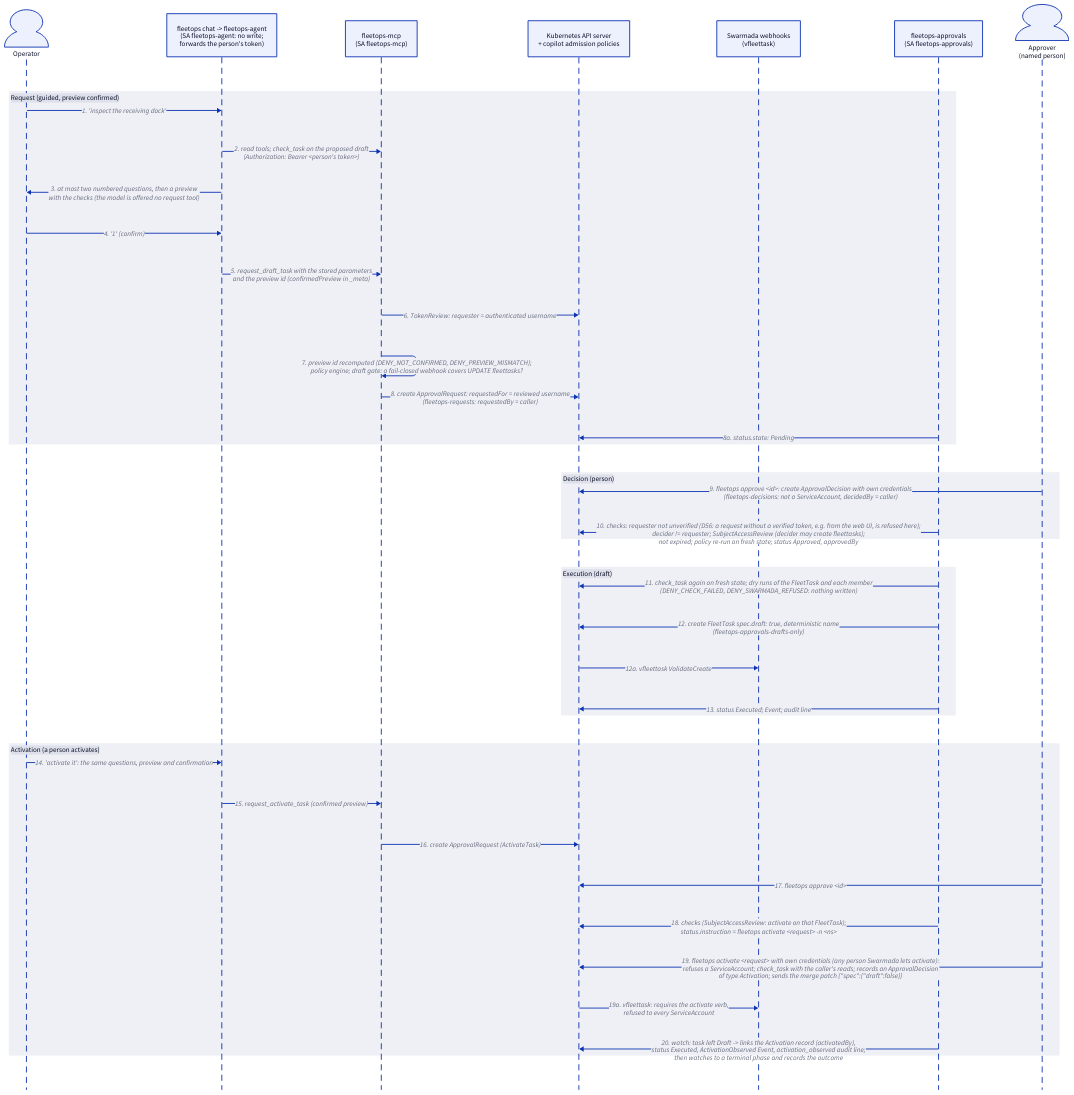
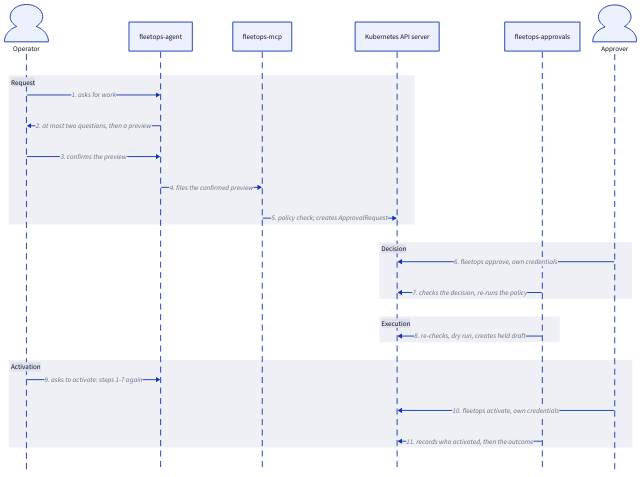
One commit to AlexBahel/fleet-ops-copilot changed the diagram in docs/architecture/approval-flow.d2. Above: the diagram before and after it, drawn with D2. The commit also changed 3 other files, not shown here.

First line of the commit message:
docs/architecture: overview diagram and the approval flow in eleven steps

```diff
--- a/docs/architecture/approval-flow.d2
+++ b/docs/architecture/approval-flow.d2
@@ -1,53 +1,38 @@
-# Fleet Ops Copilot: approval flow for a draft FleetTask and its activation
-# (docs/DESIGN.md §3.3, §3.10, D25, D28, D74, D76, D79). Source for approval-flow.svg;
+# Fleet Ops Copilot: the life of a request, main steps. Source for approval-flow.svg;
 # render with `d2 approval-flow.d2 approval-flow.svg` (see README.md in this directory).
-# Zone maintenance and zone stop follow steps 1-13 with a different write in
-# step 12 and no step 11. fleetops-mcp records as requestedFor the username of the
-# caller's bearer token, verified with a TokenReview (D57); without a verified token
-# it records unverified:<name>, which is refused at step 10 (D56). The web UI sends
-# no token, so its requests stop there; fleetops chat sends the person's token.
+# The full step list, with every check and refusal code: docs/design/approvals.md.
+# Shown for a draft FleetTask. A zone maintenance window or a zone stop follows steps
+# 1-8 with a different write in step 8 and has no activation. Step 10 is run by any
+# person Swarmada allows to activate, with their own credentials (D79).
 
 shape: sequence_diagram
 
 operator: Operator {shape: person}
-agent: "fleetops chat -> fleetops-agent\n(SA fleetops-agent: no write;\nforwards the person's token)"
-mcp: "fleetops-mcp\n(SA fleetops-mcp)"
-api: "Kubernetes API server\n+ copilot admission policies"
-webhooks: "Swarmada webhooks\n(vfleettask)"
-approvals: "fleetops-approvals\n(SA fleetops-approvals)"
-approver: "Approver\n(named person)" {shape: person}
+agent: fleetops-agent
+mcp: fleetops-mcp
+api: "Kubernetes API server"
+approvals: fleetops-approvals
+approver: "Approver" {shape: person}
 
-request: "Request (guided, preview confirmed)" {
-  operator -> agent: "1. 'inspect the receiving dock'"
-  agent -> mcp: "2. read tools; check_task on the proposed draft\n(Authorization: Bearer <person's token>)"
-  agent -> operator: "3. at most two numbered questions, then a preview\nwith the checks (the model is offered no request tool)"
-  operator -> agent: "4. '1' (confirm)"
-  agent -> mcp: "5. request_draft_task with the stored parameters\nand the preview id (confirmedPreview in _meta)"
-  mcp -> api: "6. TokenReview: requester = authenticated username"
-  mcp -> mcp: "7. preview id recomputed (DENY_NOT_CONFIRMED, DENY_PREVIEW_MISMATCH);\npolicy engine; draft gate: a fail-closed webhook covers UPDATE fleettasks?"
-  mcp -> api: "8. create ApprovalRequest: requestedFor = reviewed username\n(fleetops-requests: requestedBy = caller)"
-  approvals -> api: "8a. status.state: Pending"
+request: "Request" {
+  operator -> agent: "1. asks for work"
+  agent -> operator: "2. at most two questions, then a preview"
+  operator -> agent: "3. confirms the preview"
+  agent -> mcp: "4. files the confirmed preview"
+  mcp -> api: "5. policy check; creates ApprovalRequest"
 }
 
-decide: "Decision (person)" {
-  approver -> api: "9. fleetops approve <id>: create ApprovalDecision with own credentials\n(fleetops-decisions: not a ServiceAccount, decidedBy = caller)"
-  approvals -> api: "10. checks: requester not unverified (D56: a request without a verified token, e.g. from the web UI, is refused here);\ndecider != requester; SubjectAccessReview (decider may create fleettasks);\nnot expired; policy re-run on fresh state; status Approved, approvedBy"
+decide: "Decision" {
+  approver -> api: "6. fleetops approve, own credentials"
+  approvals -> api: "7. checks the decision, re-runs the policy"
 }
 
-execute: "Execution (draft)" {
-  approvals -> api: "11. check_task again on fresh state; dry runs of the FleetTask and each member\n(DENY_CHECK_FAILED, DENY_SWARMADA_REFUSED: nothing written)"
-  approvals -> api: "12. create FleetTask spec.draft: true, deterministic name\n(fleetops-approvals-drafts-only)"
-  api -> webhooks: "12a. vfleettask ValidateCreate"
-  approvals -> api: "13. status Executed; Event; audit line"
+execute: "Execution" {
+  approvals -> api: "8. re-checks, dry run, creates held draft"
 }
 
-activate: "Activation (a person activates)" {
-  operator -> agent: "14. 'activate it': the same questions, preview and confirmation"
-  agent -> mcp: "15. request_activate_task (confirmed preview)"
-  mcp -> api: "16. create ApprovalRequest (ActivateTask)"
-  approver -> api: "17. fleetops approve <id>"
-  approvals -> api: "18. checks (SubjectAccessReview: activate on that FleetTask);\nstatus.instruction = fleetops activate <request> -n <ns>"
-  approver -> api: "19. fleetops activate <request> with own credentials (any person Swarmada lets activate):\nrefuses a ServiceAccount; check_task with the caller's reads; records an ApprovalDecision\nof type Activation; sends the merge patch {\"spec\":{\"draft\":false}}"
-  api -> webhooks: "19a. vfleettask: requires the activate verb,\nrefused to every ServiceAccount"
-  approvals -> api: "20. watch: task left Draft -> links the Activation record (activatedBy),\nstatus Executed, ActivationObserved Event, activation_observed audit line;\nthen watches to a terminal phase and records the outcome"
+activate: "Activation" {
+  operator -> agent: "9. asks to activate: steps 1-7 again"
+  approver -> api: "10. fleetops activate, own credentials"
+  approvals -> api: "11. records who activated, then the outcome"
 }
```
